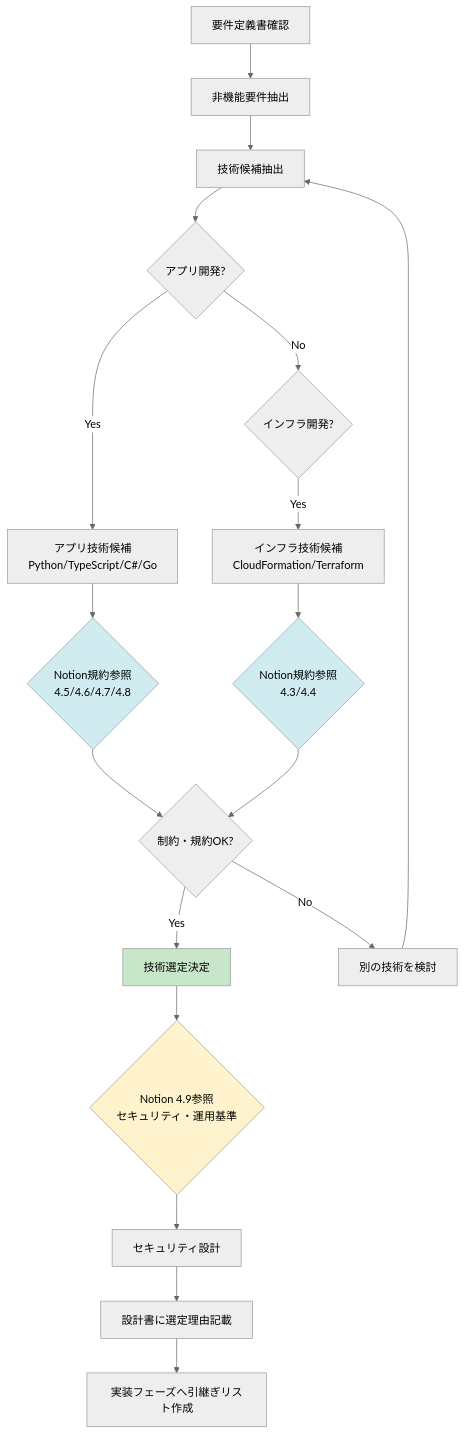
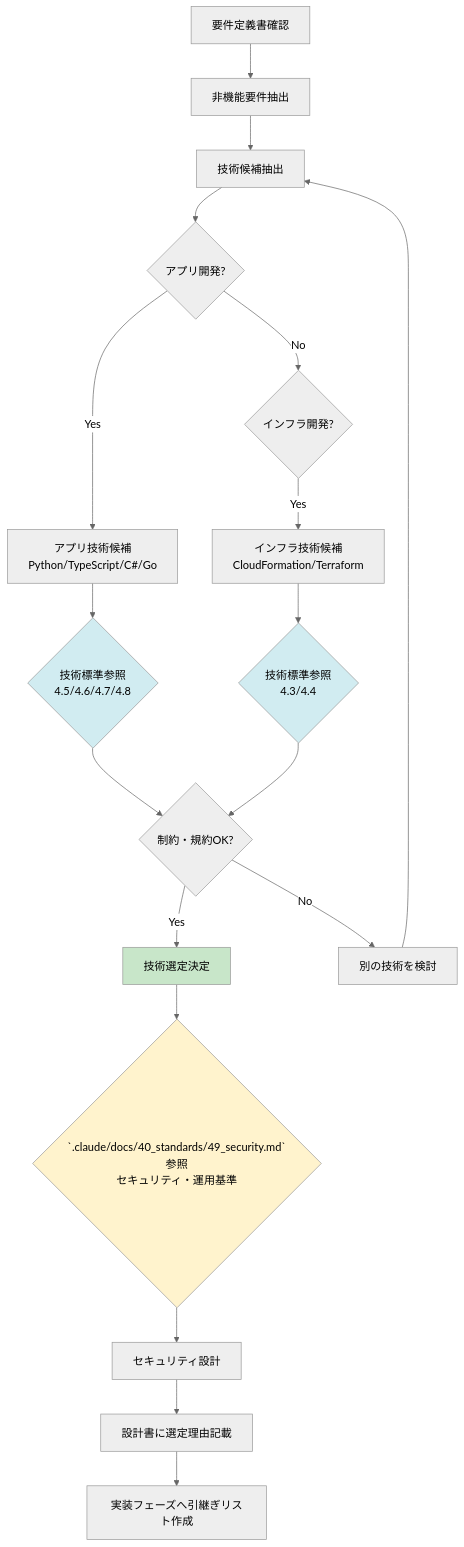
The diagram in .claude/docs/10_facilitation/2.3_設計フェーズ/2.3.3_技術標準参照ガイド.md (k-tanaka-522/aidev), drawn with Mermaid (neutral theme) before and after one commit. The commit also changed other lines of this file and 21 other files, not shown here.

````diff
--- a/.claude/docs/10_facilitation/2.3_設計フェーズ/2.3.3_技術標準参照ガイド.md
+++ b/.claude/docs/10_facilitation/2.3_設計フェーズ/2.3.3_技術標準参照ガイド.md
@@ -75,33 +75,33 @@
 ```mermaid
 flowchart TB
     A[要件定義書確認] --> B[非機能要件抽出]
     B --> C[技術候補抽出]
 
     C --> D{アプリ開発?}
 
     D -->|Yes| E[アプリ技術候補<br/>Python/TypeScript/C#/Go]
     D -->|No| F{インフラ開発?}
 
     F -->|Yes| G[インフラ技術候補<br/>CloudFormation/Terraform]
 
-    E --> H{Notion規約参照<br/>4.5/4.6/4.7/4.8}
-    G --> I{Notion規約参照<br/>4.3/4.4}
+    E --> H{技術標準参照<br/>4.5/4.6/4.7/4.8}
+    G --> I{技術標準参照<br/>4.3/4.4}
 
     H --> J{制約・規約OK?}
     I --> J
 
     J -->|Yes| K[技術選定決定]
     J -->|No| L[別の技術を検討]
     L --> C
 
-    K --> M{Notion 4.9参照<br/>セキュリティ・運用基準}
+    K --> M{`.claude/docs/40_standards/49_security.md`参照<br/>セキュリティ・運用基準}
 
     M --> N[セキュリティ設計]
     N --> O[設計書に選定理由記載]
     O --> P[実装フェーズへ引継ぎリスト作成]
 
     style H fill:#d1ecf1
     style I fill:#d1ecf1
     style M fill:#fff3cd
     style K fill:#c8e6c9
 ```
````
